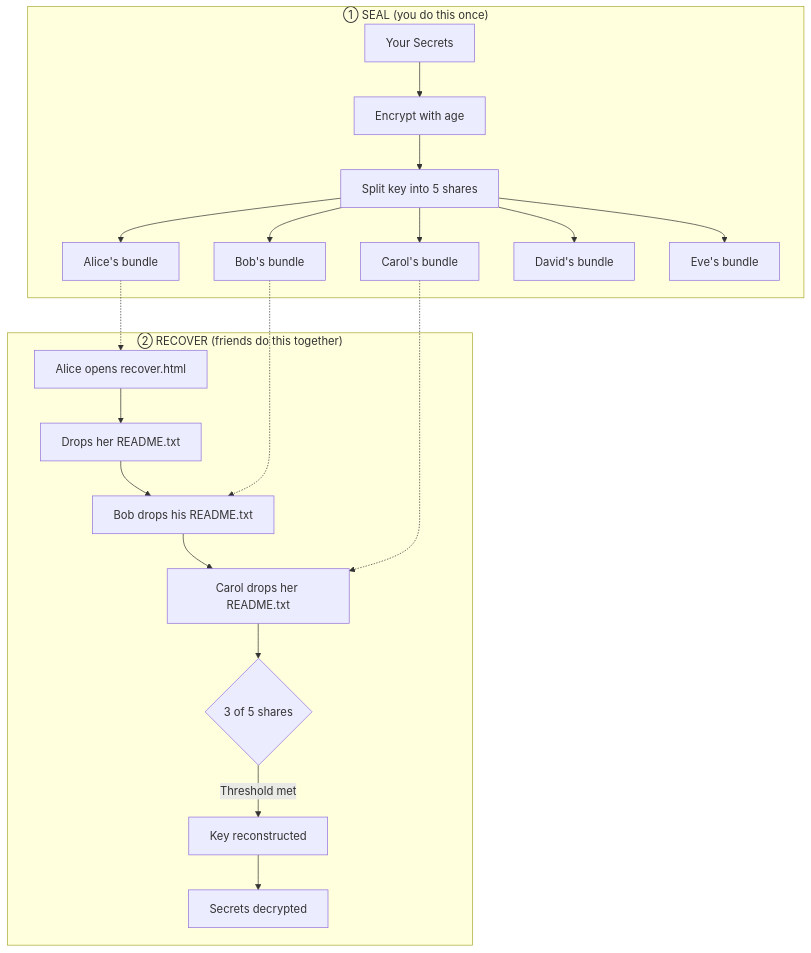
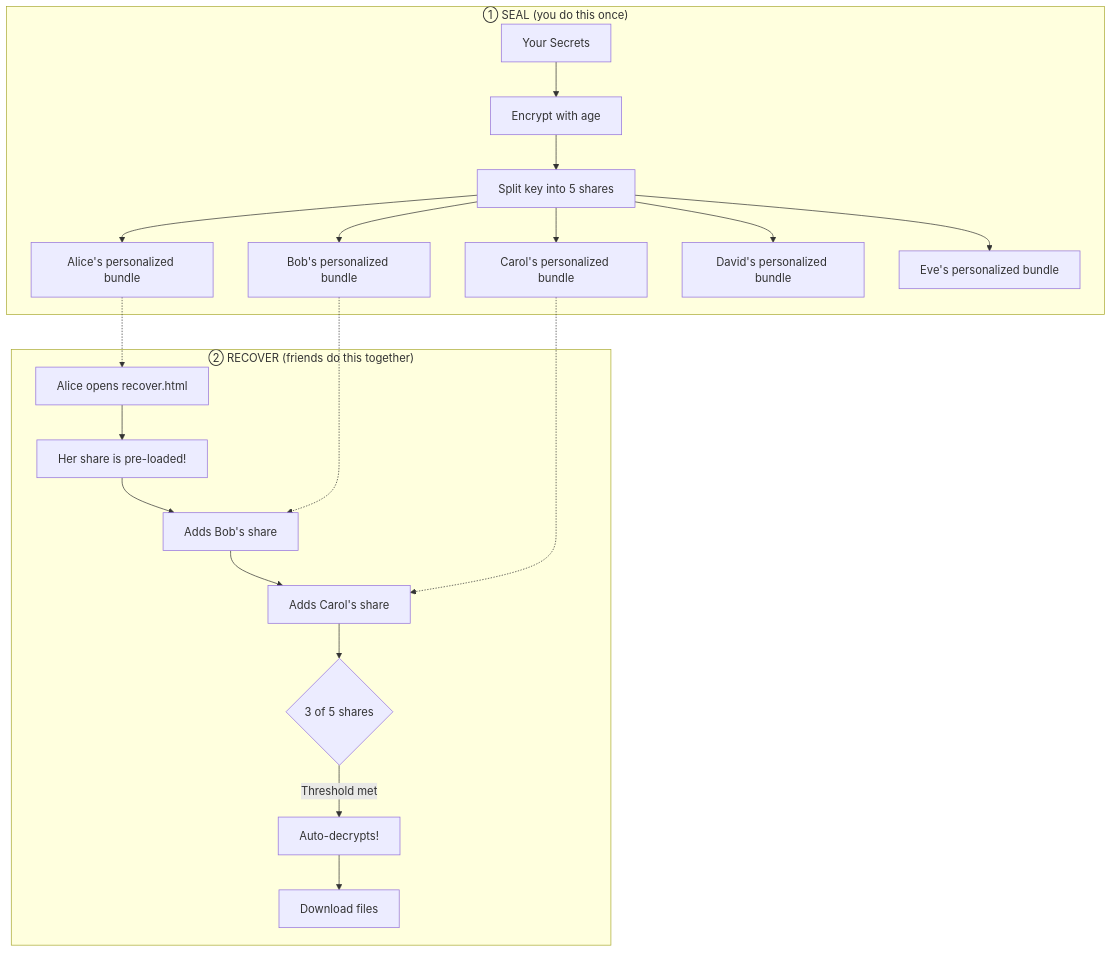
One commit to h200101/rememory changed the diagram in README.md. Above: the diagram before and after it, drawn with Mermaid. The commit also changed other lines of this file and 14 other files, not shown here.

````diff
--- a/README.md
+++ b/README.md
@@ -17,25 +17,25 @@
 ```mermaid
 graph TB
     subgraph seal["① SEAL (you do this once)"]
         A[Your Secrets] --> B[Encrypt with age]
         B --> C[Split key into 5 shares]
-        C --> D1[Alice's bundle]
-        C --> D2[Bob's bundle]
-        C --> D3[Carol's bundle]
-        C --> D4[David's bundle]
-        C --> D5[Eve's bundle]
+        C --> D1[Alice's personalized bundle]
+        C --> D2[Bob's personalized bundle]
+        C --> D3[Carol's personalized bundle]
+        C --> D4[David's personalized bundle]
+        C --> D5[Eve's personalized bundle]
     end
 
     subgraph recover["② RECOVER (friends do this together)"]
-        R1[Alice opens recover.html] --> R2[Drops her README.txt]
-        R2 --> R3[Bob drops his README.txt]
-        R3 --> R4[Carol drops her README.txt]
+        R1[Alice opens recover.html] --> R2[Her share is pre-loaded!]
+        R2 --> R3[Adds Bob's share]
+        R3 --> R4[Adds Carol's share]
         R4 --> R5{3 of 5 shares}
-        R5 -->|Threshold met| R6[Key reconstructed]
-        R6 --> R7[Secrets decrypted]
+        R5 -->|Threshold met| R6[Auto-decrypts!]
+        R6 --> R7[Download files]
     end
 
     D1 -.-> R1
     D2 -.-> R3
     D3 -.-> R4
 ```
````
